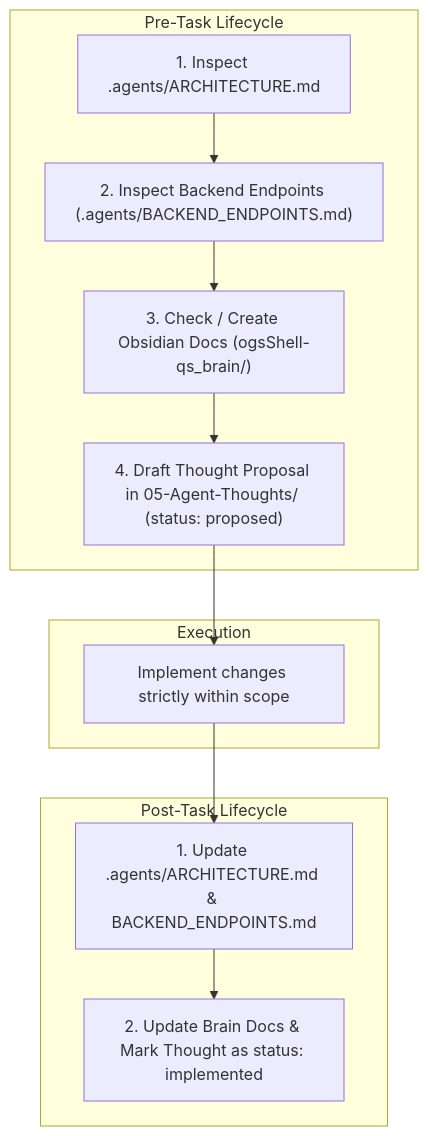
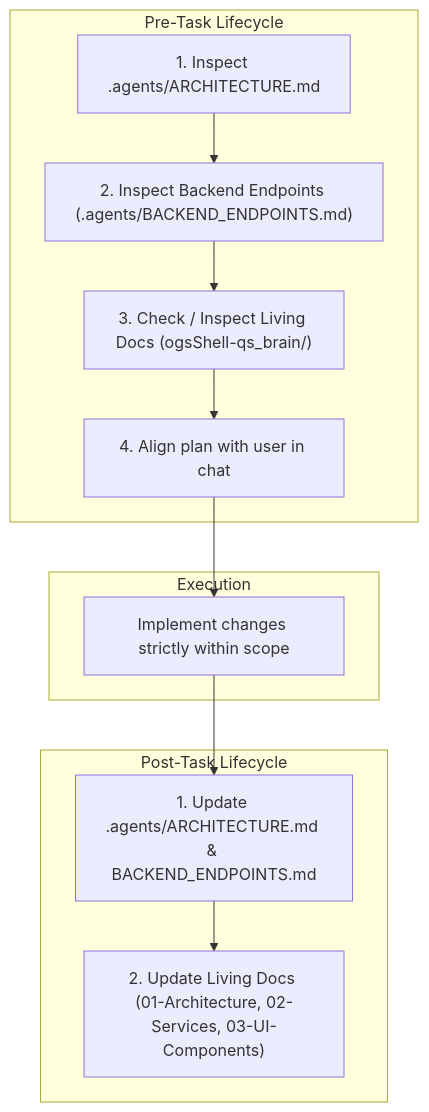
One commit to ogsammaenr/OgsShell-qs changed the diagram in ogsShell-qs_brain/04-Agent-Rules/Agent-Workflow-Directives.md. Above: the diagram before and after it, drawn with Mermaid. The commit also changed other lines of this file and 12 other files, not shown here.

Commit message:
docs: synchronize living documentation, agent workflow directives, and build scripts

````diff
--- a/ogsShell-qs_brain/04-Agent-Rules/Agent-Workflow-Directives.md
+++ b/ogsShell-qs_brain/04-Agent-Rules/Agent-Workflow-Directives.md
@@ -34,17 +34,17 @@
 ```mermaid
 graph TD
     subgraph Pre-Task Lifecycle
         A1["1. Inspect .agents/ARCHITECTURE.md"] --> A2["2. Inspect Backend Endpoints (.agents/BACKEND_ENDPOINTS.md)"]
-        A2 --> A3["3. Check / Create Obsidian Docs (ogsShell-qs_brain/)"]
-        A3 --> A4["4. Draft Thought Proposal in 05-Agent-Thoughts/ (status: proposed)"]
+        A2 --> A3["3. Check / Inspect Living Docs (ogsShell-qs_brain/)"]
+        A3 --> A4["4. Align plan with user in chat"]
     end
     
     subgraph Execution
         A4 --> B1["Implement changes strictly within scope"]
     end
     
     subgraph Post-Task Lifecycle
         B1 --> C1["1. Update .agents/ARCHITECTURE.md & BACKEND_ENDPOINTS.md"]
-        C1 --> C2["2. Update Brain Docs & Mark Thought as status: implemented"]
+        C1 --> C2["2. Update Living Docs (01-Architecture, 02-Services, 03-UI-Components)"]
     end
 ```
````
